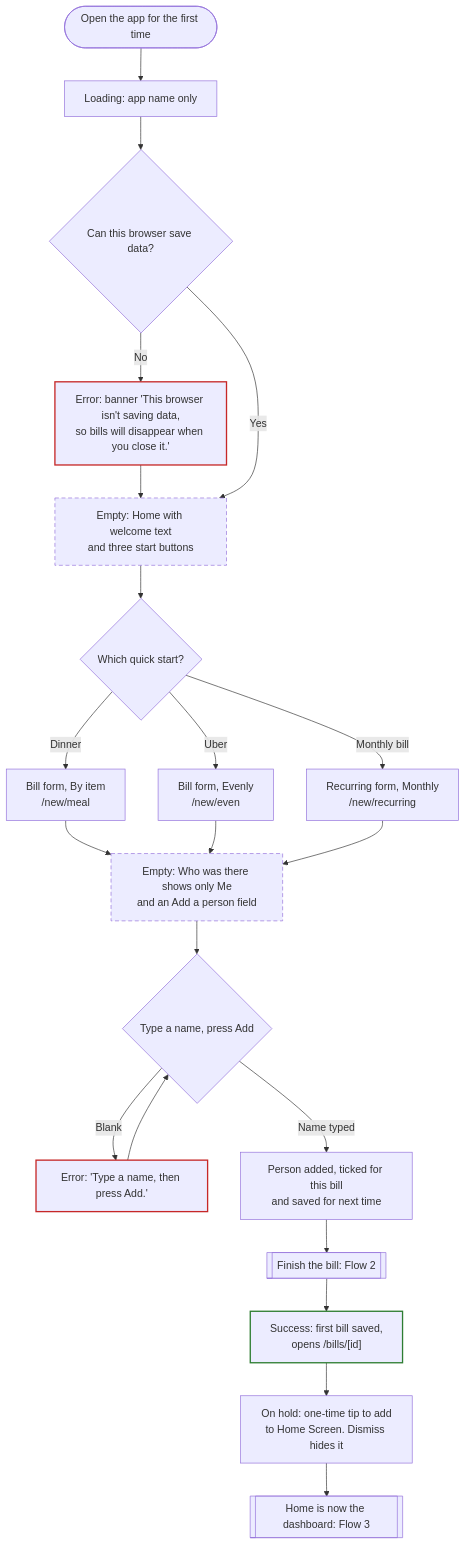
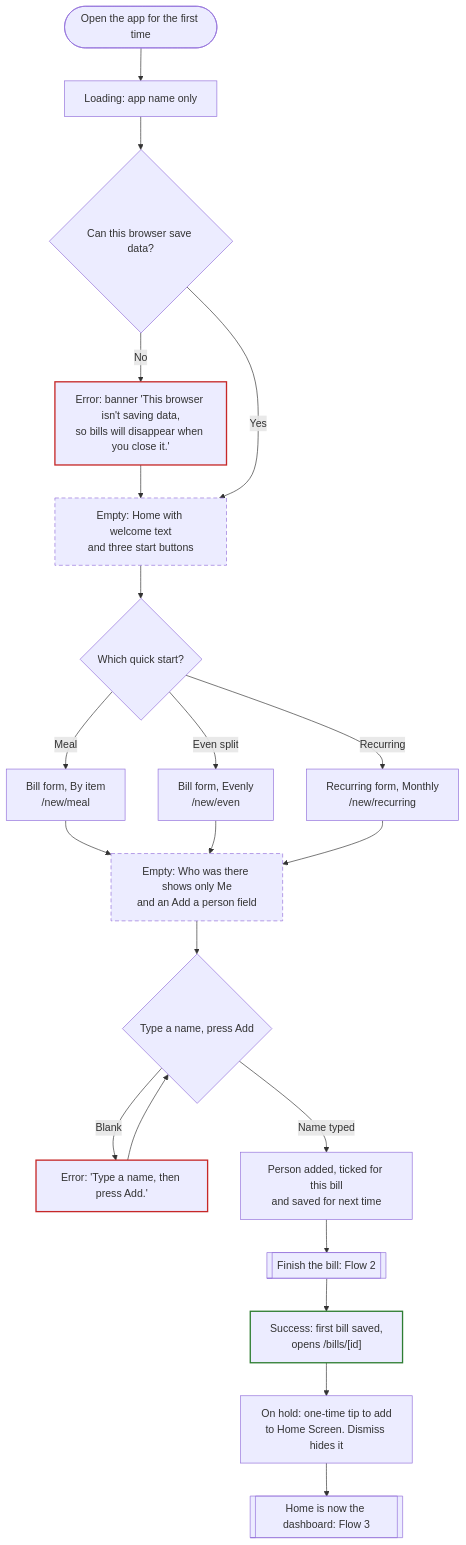
One commit to quincyleung/bill-splitter changed the first of 3 diagrams in README.md. Above: the diagram before and after it, drawn with Mermaid. The commit also changed other lines of this file and 10 other files, not shown here.

Commit message:
Remove nav tabs and rename options to Meal, Even split, Recurring

````diff
--- a/README.md
+++ b/README.md
@@ -13,30 +13,30 @@
 ```mermaid
 flowchart TD
   start(["Open the app for the first time"]) --> loading["Loading: app name only"]
   loading --> canSave{"Can this browser save data?"}
   canSave -->|No| errStorage["Error: banner 'This browser isn't saving data,<br/>so bills will disappear when you close it.'"]
   errStorage --> welcome
   canSave -->|Yes| welcome["Empty: Home with welcome text<br/>and three start buttons"]
   welcome --> mode{"Which quick start?"}
-  mode -->|Dinner| meal["Bill form, By item<br/>/new/meal"]
-  mode -->|Uber| even["Bill form, Evenly<br/>/new/even"]
-  mode -->|Monthly bill| rec["Recurring form, Monthly<br/>/new/recurring"]
+  mode -->|Meal| meal["Bill form, By item<br/>/new/meal"]
+  mode -->|Even split| even["Bill form, Evenly<br/>/new/even"]
+  mode -->|Recurring| rec["Recurring form, Monthly<br/>/new/recurring"]
   meal --> noPeople
   even --> noPeople
   rec --> noPeople
   noPeople["Empty: Who was there shows only Me<br/>and an Add a person field"] --> addName{"Type a name, press Add"}
   addName -->|Blank| errName["Error: 'Type a name, then press Add.'"]
   errName --> addName
   addName -->|Name typed| savedPerson["Person added, ticked for this bill<br/>and saved for next time"]
   savedPerson --> mainTask[["Finish the bill: Flow 2"]]
   mainTask --> firstBill["Success: first bill saved,<br/>opens /bills/[id]"]
   firstBill --> homeTip["On hold: one-time tip to add<br/>to Home Screen. Dismiss hides it"]
   homeTip --> dashboard[["Home is now the dashboard: Flow 3"]]
 
   classDef error stroke:#c62828,stroke-width:2px
   classDef empty stroke-dasharray:6 4
   classDef success stroke:#2e7d32,stroke-width:2px
   class errStorage,errName error
   class welcome,noPeople empty
   class firstBill success
 ```
````
